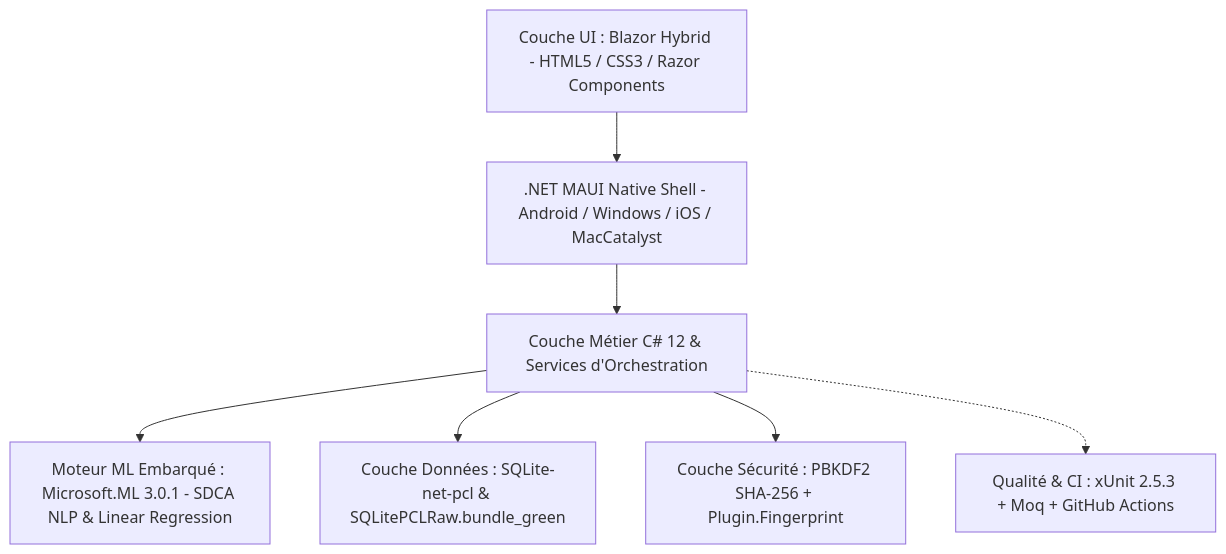
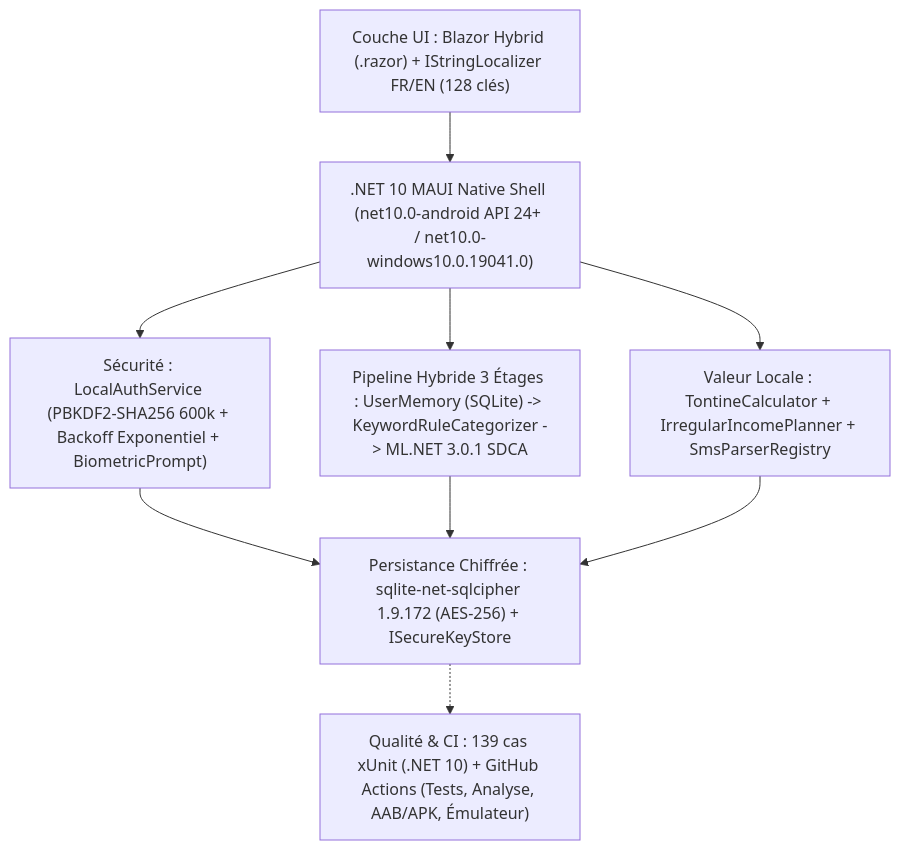
One commit to ElogeKenzo/SmartBudgetML changed the diagram in RAPPORT_PROJET.md. Above: the diagram before and after it, drawn with Mermaid. The commit also changed other lines of this file and 11 other files, not shown here.

First line of the commit message:
ci(phase-7): upgrade CI/CD pipeline, add smoke test, rewrite RAPPORT_PROJET.md and Play Store docs (A16, A18)

````diff
--- a/RAPPORT_PROJET.md
+++ b/RAPPORT_PROJET.md
@@ -30,17 +24,19 @@
 ```mermaid
-graph TD
-    UI[Couche UI : Blazor Hybrid - HTML5 / CSS3 / Razor Components]
-    SHELL[.NET MAUI Native Shell - Android / Windows / iOS / MacCatalyst]
-    LOGIC[Couche Métier C# 12 & Services d'Orchestration]
-    ML[Moteur ML Embarqué : Microsoft.ML 3.0.1 - SDCA NLP & Linear Regression]
-    DATA[Couche Données : SQLite-net-pcl & SQLitePCLRaw.bundle_green]
-    SEC[Couche Sécurité : PBKDF2 SHA-256 + Plugin.Fingerprint]
-    TEST[Qualité & CI : xUnit 2.5.3 + Moq + GitHub Actions]
+flowchart TD
+    UI["Couche UI : Blazor Hybrid (.razor) + IStringLocalizer FR/EN (128 clés)"]
+    SHELL[".NET 10 MAUI Native Shell (net10.0-android API 24+ / net10.0-windows10.0.19041.0)"]
+    AUTH["Sécurité : LocalAuthService (PBKDF2-SHA256 600k + Backoff Exponentiel + BiometricPrompt)"]
+    ML["Pipeline Hybride 3 Étages : UserMemory (SQLite) -> KeywordRuleCategorizer -> ML.NET 3.0.1 SDCA"]
+    LOCAL["Valeur Locale : TontineCalculator + IrregularIncomePlanner + SmsParserRegistry"]
+    DATA["Persistance Chiffrée : sqlite-net-sqlcipher 1.9.172 (AES-256) + ISecureKeyStore"]
+    TEST["Qualité & CI : 139 cas xUnit (.NET 10) + GitHub Actions (Tests, Analyse, AAB/APK, Émulateur)"]
 
     UI --> SHELL
-    SHELL --> LOGIC
-    LOGIC --> ML
-    LOGIC --> DATA
-    LOGIC --> SEC
-    LOGIC -.-> TEST
+    SHELL --> AUTH
+    SHELL --> ML
+    SHELL --> LOCAL
+    AUTH --> DATA
+    ML --> DATA
+    LOCAL --> DATA
+    DATA -.-> TEST
 ```
````
